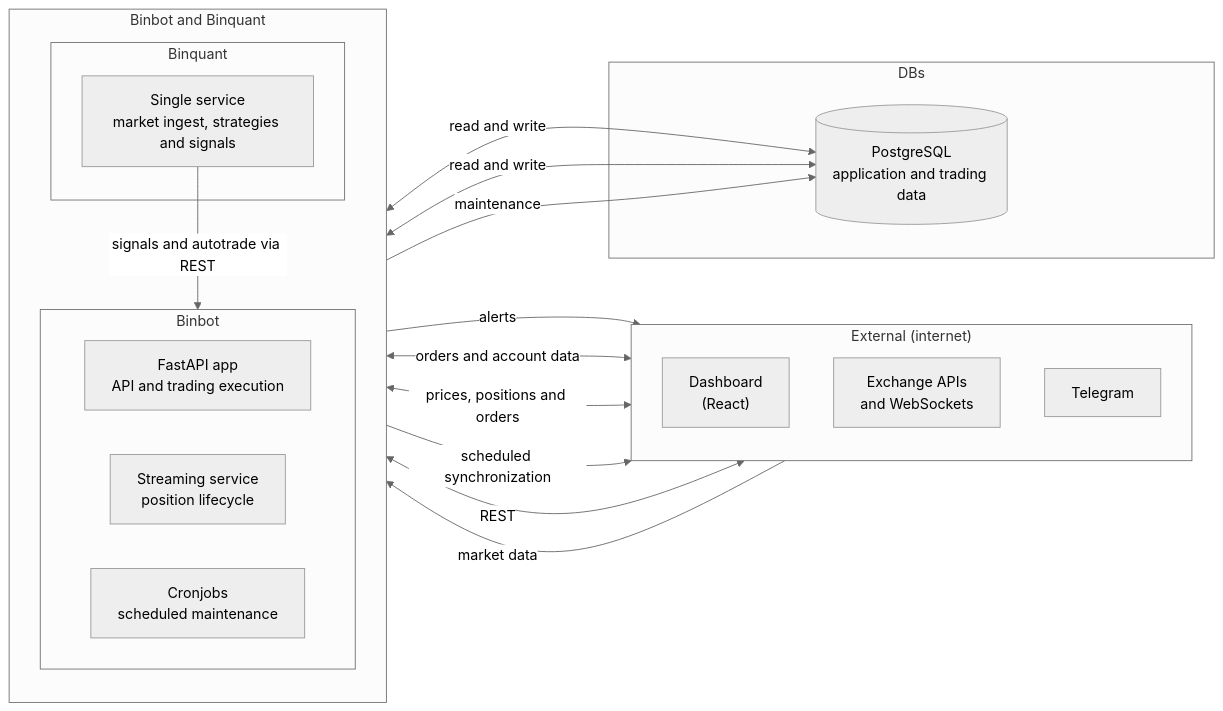
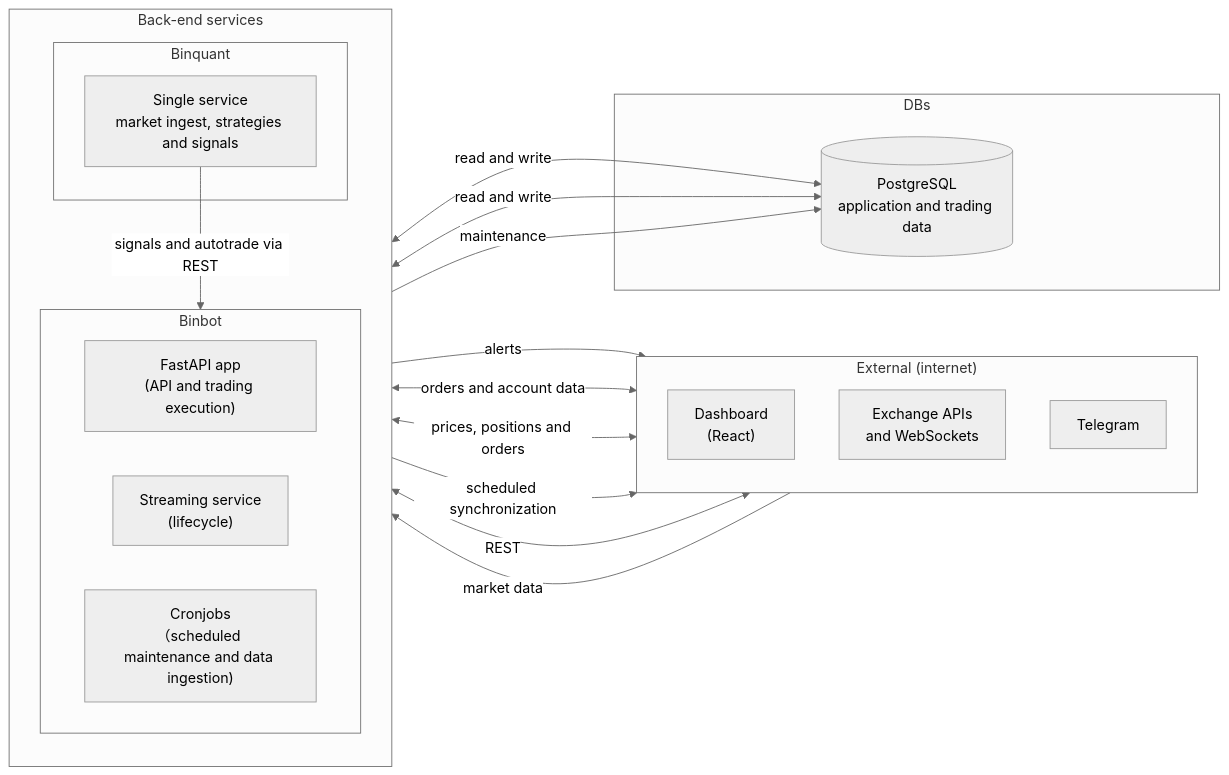
One commit to carkod/binbot changed the diagram in README.md. Above: the diagram before and after it, drawn with Mermaid (neutral theme). The commit also changed 17 other files, not shown here.

````diff
--- a/README.md
+++ b/README.md
@@ -5,39 +5,39 @@
 ```mermaid
 flowchart LR
     subgraph External["External (internet)"]
         direction TB
         Dashboard["Dashboard<br/>(React)"]
         Exchanges["Exchange APIs<br/>and WebSockets"]
         Telegram["Telegram"]
     end
 
-    subgraph Platform["Binbot and Binquant"]
+    subgraph Platform["Back-end services"]
         direction TB
 
         subgraph Binbot["Binbot"]
             direction LR
-            API["FastAPI app<br/>API and trading execution"]
-            Streaming["Streaming service<br/>position lifecycle"]
-            Cronjobs["Cronjobs<br/>scheduled maintenance"]
+            API["FastAPI app<br/>(API and trading execution)"]
+            Streaming["Streaming service<br/>(lifecycle)"]
+            Cronjobs["Cronjobs<br/>（scheduled maintenance and data ingestion)"]
         end
 
         subgraph Binquant["Binquant"]
             Analytics["Single service<br/>market ingest, strategies and signals"]
         end
     end
 
     subgraph Databases["DBs"]
         Postgres[("PostgreSQL<br/>application and trading data")]
     end
 
     Dashboard <-->|REST| API
     Exchanges -->|market data| Analytics
     Analytics -->|alerts| Telegram
     Analytics -->|signals and autotrade via REST| API
     API <-->|orders and account data| Exchanges
     Streaming <-->|prices, positions and orders| Exchanges
     Cronjobs -->|scheduled synchronization| Exchanges
     API <-->|read and write| Postgres
     Streaming <-->|read and write| Postgres
     Cronjobs -->|maintenance| Postgres
 ```
````
